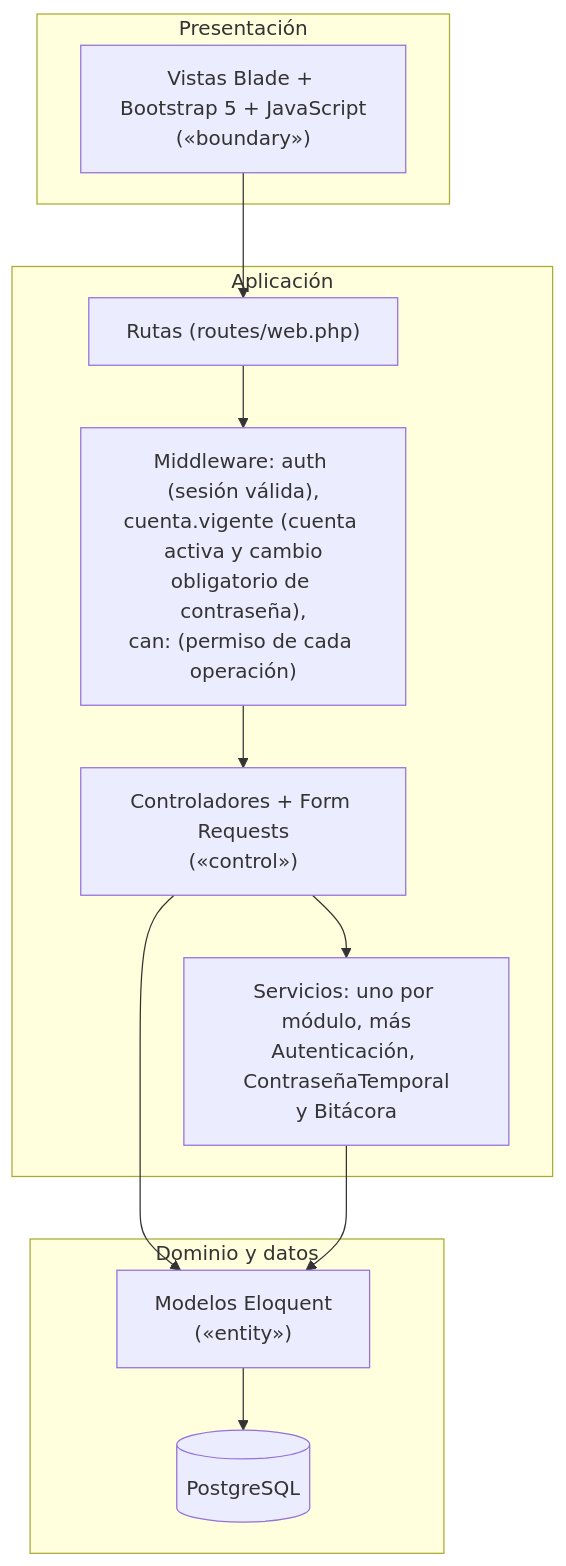
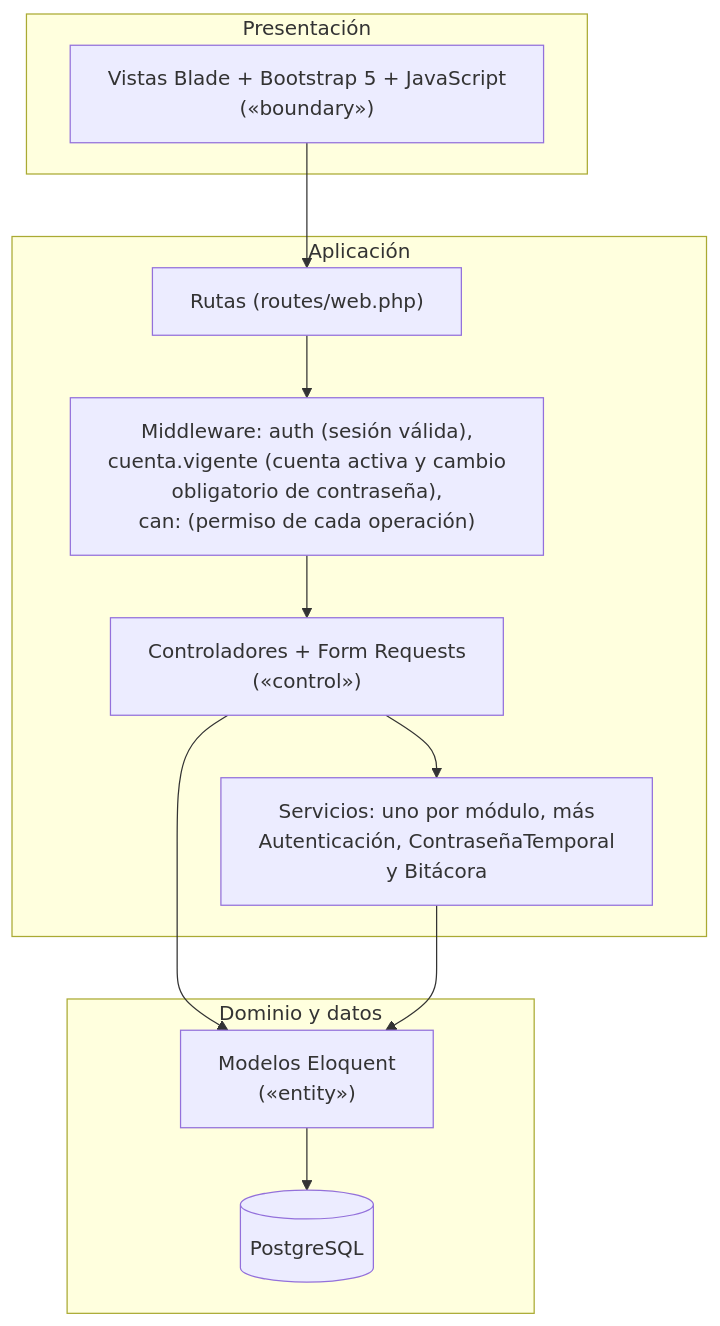
The ninth of 15 diagrams in documento/Informe-Final.md (Einarpd26/2do-examen-ing-requisitos), drawn with Mermaid before and after one commit. The commit also changed other lines of this file, not shown here.

Commit message:
docs(diagramas): corregir etiquetas cortadas y saltos de linea en los diagramas Mermaid y ajustar el ancho de los de secuencia

````diff
--- a/documento/Informe-Final.md
+++ b/documento/Informe-Final.md
@@ -973,21 +976,22 @@
 ```mermaid
+%%{init: {"flowchart": {"wrappingWidth": 320}}}%%
 flowchart TB
     subgraph Presentacion["Presentación"]
-        V["Vistas Blade + Bootstrap 5 + JavaScript\n(«boundary»)"]
+        V["Vistas Blade + Bootstrap 5 + JavaScript<br/>(«boundary»)"]
     end
     subgraph Aplicacion["Aplicación"]
         R["Rutas (routes/web.php)"]
-        M["Middleware: auth (sesión válida),\ncuenta.vigente (cuenta activa y cambio\nobligatorio de contraseña),\ncan: (permiso de cada operación)"]
-        C["Controladores + Form Requests\n(«control»)"]
-        S["Servicios: uno por módulo, más\nAutenticación, ContraseñaTemporal\ny Bitácora"]
+        M["Middleware: auth (sesión válida),<br/>cuenta.vigente (cuenta activa y cambio<br/>obligatorio de contraseña),<br/>can: (permiso de cada operación)"]
+        C["Controladores + Form Requests<br/>(«control»)"]
+        S["Servicios: uno por módulo, más<br/>Autenticación, ContraseñaTemporal<br/>y Bitácora"]
     end
     subgraph Dominio["Dominio y datos"]
-        E["Modelos Eloquent\n(«entity»)"]
+        E["Modelos Eloquent<br/>(«entity»)"]
         D[("PostgreSQL")]
     end
 
     V --> R --> M --> C --> S
     C --> E
     S --> E
     E --> D
 ```
````
